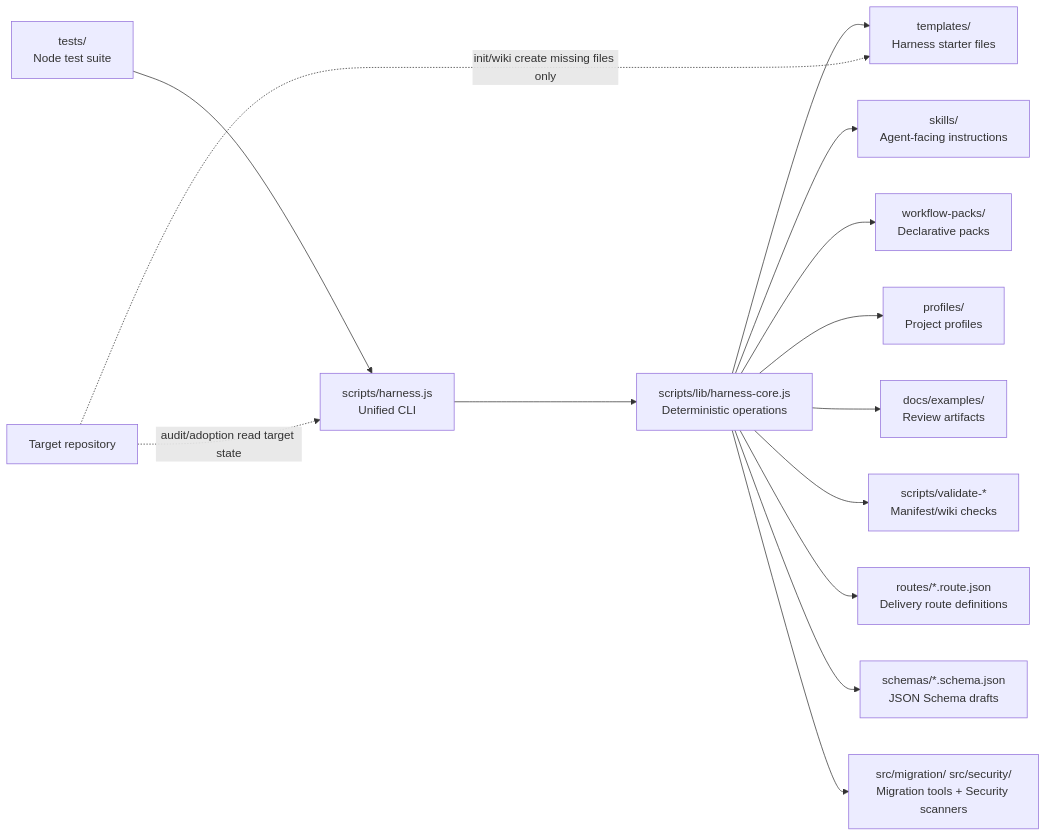
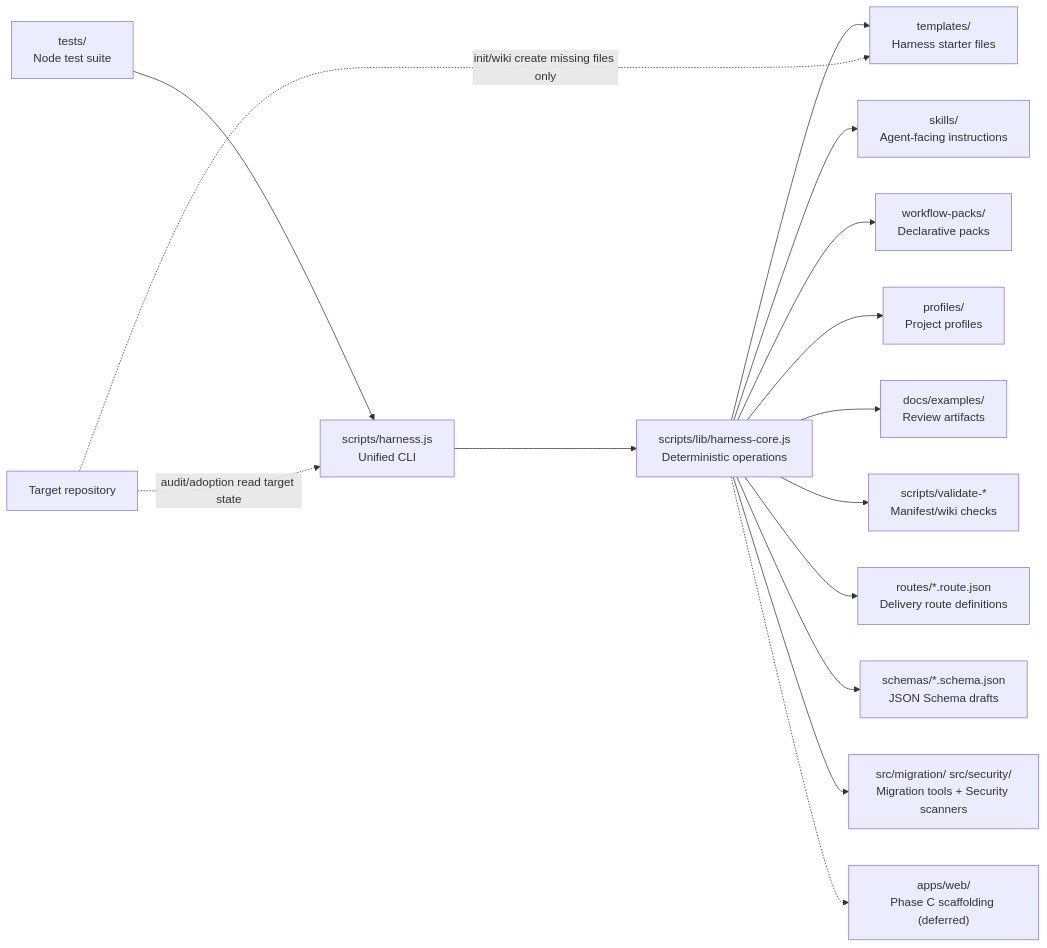
The diagram in README.md (Bandersnatch0x/amber-protocol), drawn with Mermaid before and after one commit. The commit also changed other lines of this file and 3 other files, not shown here.

Commit message:
docs: fix plan metadata, add Phase C to diagram, fix test:load script

````diff
--- a/README.md
+++ b/README.md
@@ -15,17 +15,18 @@
 ```mermaid
 flowchart LR
   CLI["scripts/harness.js<br/>Unified CLI"] --> Core["scripts/lib/harness-core.js<br/>Deterministic operations"]
   Core --> Templates["templates/<br/>Harness starter files"]
   Core --> Skills["skills/<br/>Agent-facing instructions"]
   Core --> Packs["workflow-packs/<br/>Declarative packs"]
   Core --> Profiles["profiles/<br/>Project profiles"]
   Core --> Examples["docs/examples/<br/>Review artifacts"]
   Core --> Validators["scripts/validate-*<br/>Manifest/wiki checks"]
   Core --> Routes["routes/*.route.json<br/>Delivery route definitions"]
   Core --> Schemas["schemas/*.schema.json<br/>JSON Schema drafts"]
   Core --> PhaseB["src/migration/ src/security/<br/>Migration tools + Security scanners"]
+  Core -.-> Web["apps/web/<br/>Phase C scaffolding (deferred)"]
   Tests["tests/<br/>Node test suite"] --> CLI
 
   Target["Target repository"] -. "init/wiki create missing files only" .-> Templates
   Target -. "audit/adoption read target state" .-> CLI
 ```
````
